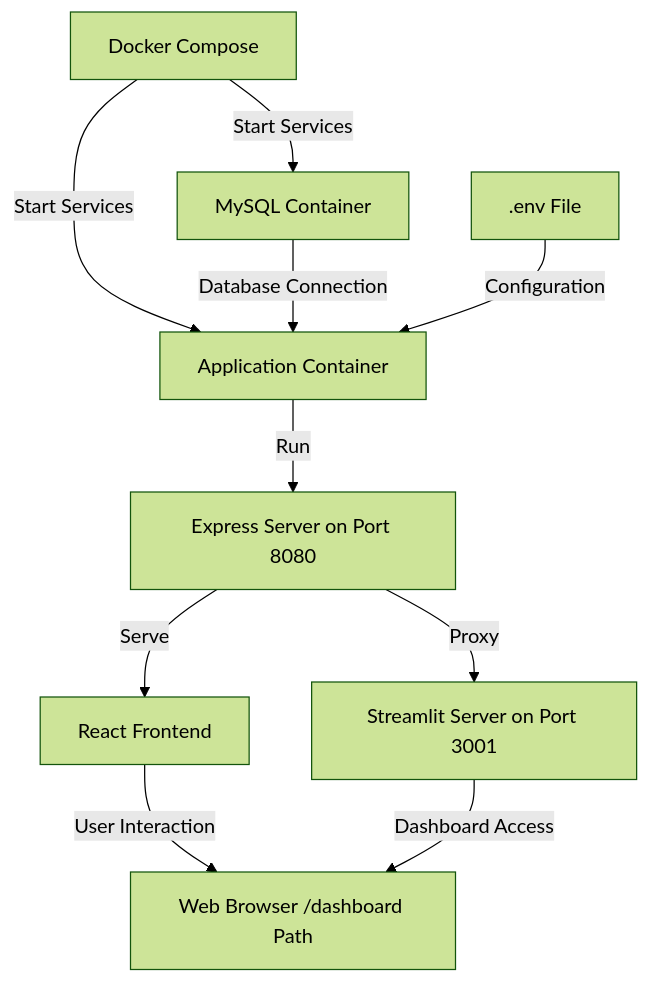
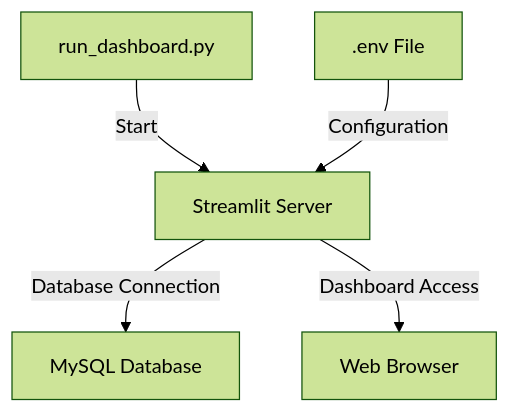
One commit to Austin-Z/Synechron-Capstone changed the fourth of 4 diagrams in README.md. Above: the diagram before and after it, drawn with Mermaid (forest theme). The commit also changed other lines of this file and 42 other files, not shown here.

Commit message:
Remove React frontend and simplify to Streamlit-only application

````diff
--- a/README.md
+++ b/README.md
@@ -246,12 +234,7 @@
 ```mermaid
 graph TD
-    A[Docker Compose] -->|Start Services| B[MySQL Container]
-    A -->|Start Services| C[Application Container]
-    B -->|Database Connection| C
-    C -->|Run| D[Express Server on Port 8080]
-    D -->|Serve| E[React Frontend]
-    D -->|Proxy| F[Streamlit Server on Port 3001]
-    E -->|User Interaction| G[Web Browser Root Path /]
-    F -->|Dashboard Access| G[Web Browser /dashboard Path]
-    H[.env File] -->|Configuration| C
+    A[run_dashboard.py] -->|Start| B[Streamlit Server]
+    B -->|Database Connection| C[MySQL Database]
+    D[.env File] -->|Configuration| B
+    B -->|Dashboard Access| E[Web Browser]
 ```
````
